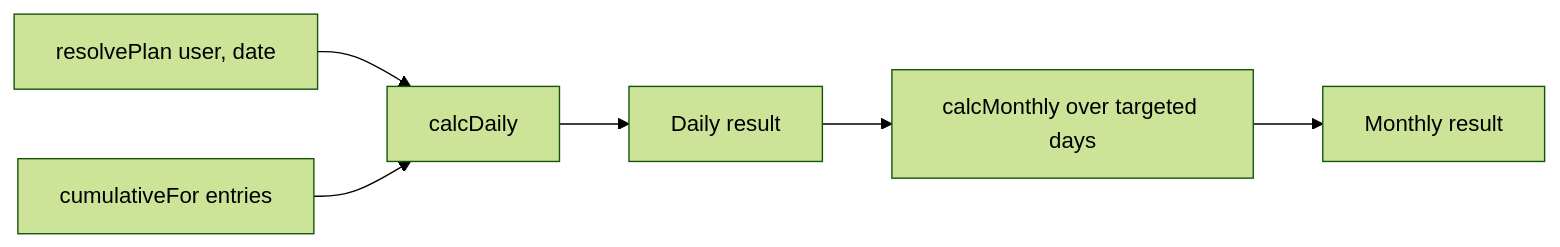
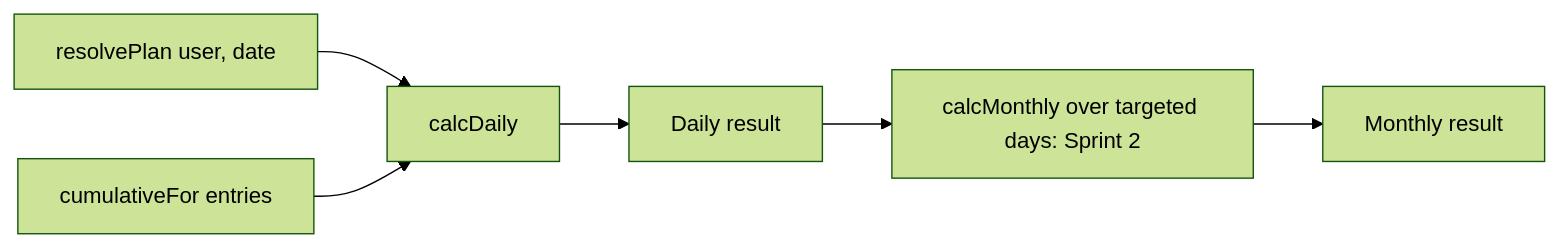
The diagram in docs/sprints/sprint-1/F-06-progress-display.md (Rabbit-hop/bunnyfit), drawn with Mermaid (forest theme) before and after one commit. The commit also changed other lines of this file and 4 other files, not shown here.

````diff
--- a/docs/sprints/sprint-1/F-06-progress-display.md
+++ b/docs/sprints/sprint-1/F-06-progress-display.md
@@ -63,8 +64,8 @@
 ```mermaid
 flowchart LR
   P[resolvePlan user, date] --> C[calcDaily]
   L[cumulativeFor entries] --> C
   C --> D[Daily result]
-  D --> M[calcMonthly over targeted days]
+  D --> M[calcMonthly over targeted days: Sprint 2]
   M --> R[Monthly result]
 ```
````
